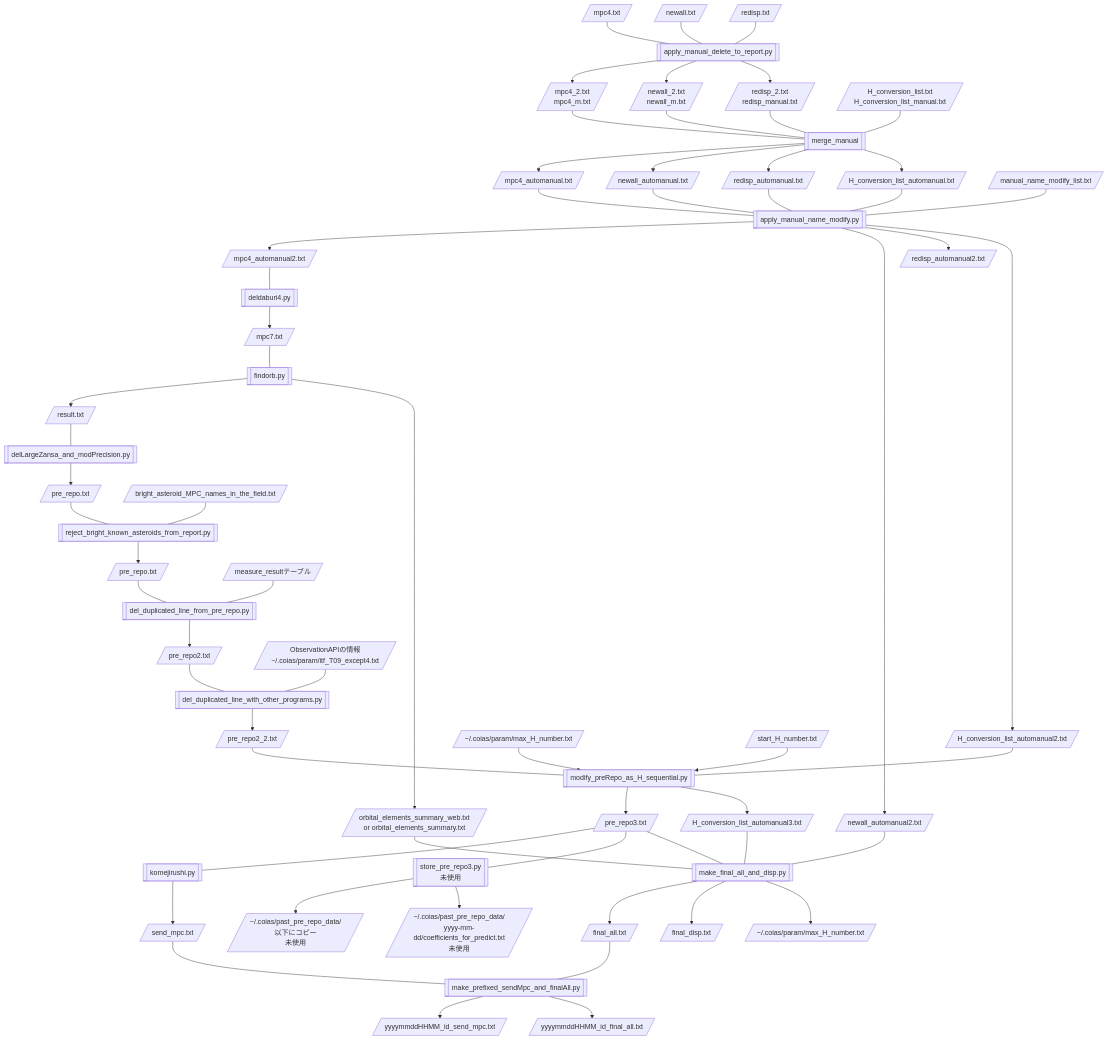
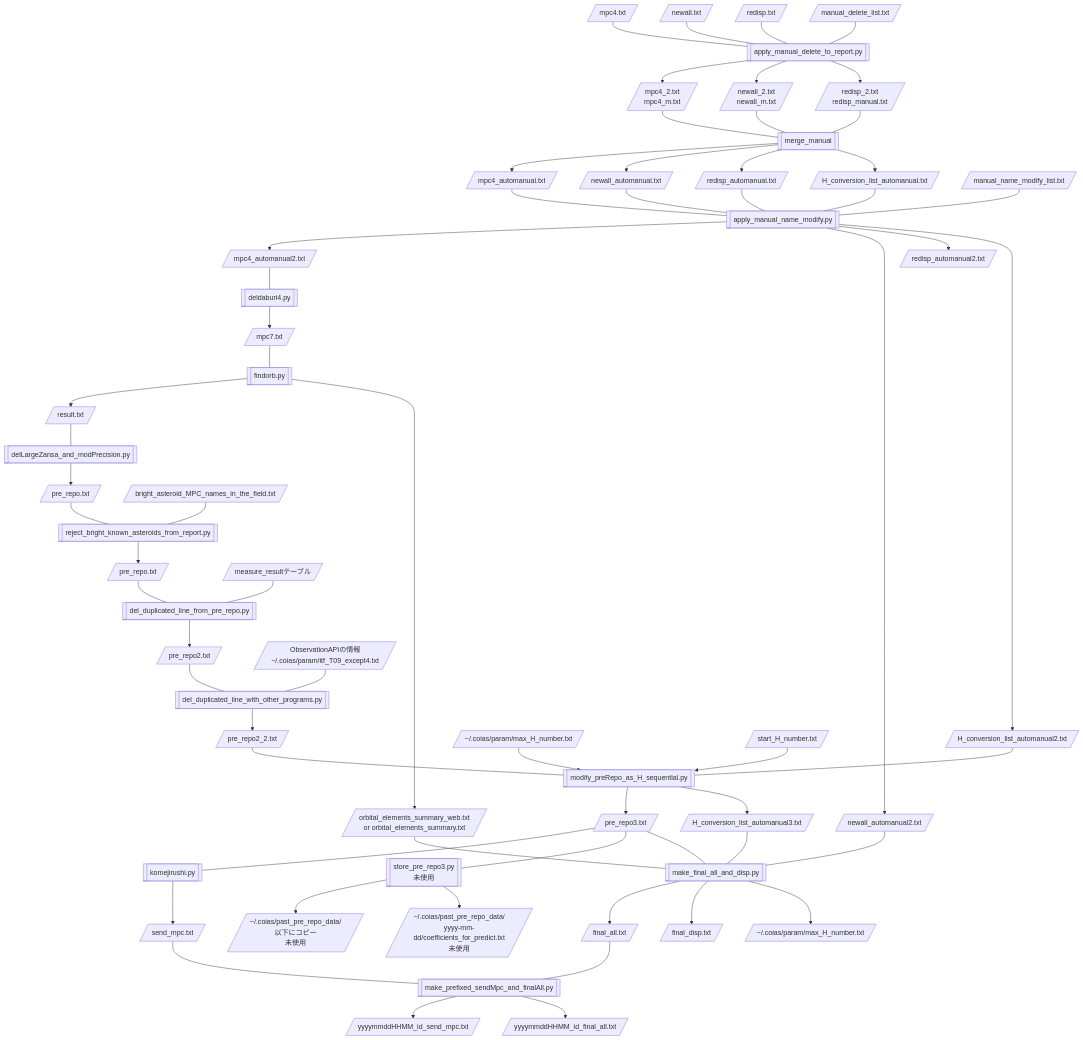
One commit to COIAS-program/COIAS_program_github changed the diagram in flowcharts/flowchart7-AstsearchR_afterReCOIAS.md. Above: the diagram before and after it, drawn with Mermaid. The commit also changed 1 other file, not shown here.

Commit message:
src7: レポートモード前に名前付け替えがないことを前提にapply_manual_delete_to_report.pyを更新

```````diff
--- a/flowcharts/flowchart7-AstsearchR_afterReCOIAS.md
+++ b/flowcharts/flowchart7-AstsearchR_afterReCOIAS.md
@@ -3,64 +3,65 @@
 ```mermaid
 flowchart TD
     n[/mpc4.txt/] --- o[[apply_manual_delete_to_report.py]]
     p[/newall.txt/] --- o
     q[/redisp.txt/] --- o
+    E[/manual_delete_list.txt/] --- o
     o --> A
     o --> C
     o --> D
     A[/mpc4_2.txt<br>mpc4_m.txt/] --- B[[merge_manual]]
     C[/newall_2.txt<br>newall_m.txt/] --- B
     D[/redisp_2.txt<br>redisp_manual.txt/] --- B
-    E[/H_conversion_list.txt<br>H_conversion_list_manual.txt/] --- B
+
     B --> F[/mpc4_automanual.txt/]
     B --> G[/newall_automanual.txt/]
     B --> H[/redisp_automanual.txt/]
     B --> I[/H_conversion_list_automanual.txt/]
     l[/manual_name_modify_list.txt/] --- J
     F --- J[[apply_manual_name_modify.py]]
     G --- J
     H --- J
     I --- J
     J --> K[/mpc4_automanual2.txt/]
     J --> L[/newall_automanual2.txt/]
     J --> M[/redisp_automanual2.txt/]
     J --> N[/H_conversion_list_automanual2.txt/]
     K --- O[[deldaburi4.py]]
     O --> P[/mpc7.txt/]
     P --- Q[[findorb.py]]
     Q --> R[/result.txt/]
     Q --> S[/orbital_elements_summary_web.txt<br>or orbital_elements_summary.txt/]
     R --- T[[delLargeZansa_and_modPrecision.py]]
     T --> U[/pre_repo.txt/]
     U --- V[[reject_bright_known_asteroids_from_report.py]]
     V --> W[/pre_repo.txt/]
     X[/bright_asteroid_MPC_names_in_the_field.txt/] --- V
 	W --- b[[del_duplicated_line_from_pre_repo.py]]
 	c[/measure_resultテーブル/] --- b
 	b --> d[/pre_repo2.txt/]
     d --- Y2[[del_duplicated_line_with_other_programs.py]]
     c2[/ObservationAPIの情報<br>~/.coias/param/itf_T09_except4.txt/] --- Y2
     Y2 --> d2[/pre_repo2_2.txt/]
     d2 --- Y[[modify_preRepo_as_H_sequential.py]]
     r[/"~/.coias/param/max_H_number.txt"/] --> Y
     s[/start_H_number.txt/] --> Y
     Y --> Z[/pre_repo3.txt/]
     Y --> a[/H_conversion_list_automanual3.txt/]
     N --- Y
     Z --- e[[komejirushi.py]]
     e --> f[/send_mpc.txt/]
     Z --- g[[store_pre_repo3.py<br>未使用]]
     g --> h[/"~"/.coias/past_pre_repo_data/以下にコピー<br>未使用/]
     g --> m[/"~"/.coias/past_pre_repo_data/<br>yyyy-mm-dd/coefficients_for_predict.txt<br>未使用/]
     a --- i[[make_final_all_and_disp.py]]
     Z --- i
     L --- i
     i --> j[/final_all.txt/]
     i --> k[/final_disp.txt/]
     i --> t[/"~/.coias/param/max_H_number.txt"/]
     S --- i
     j --- u[[make_prefixed_sendMpc_and_finalAll.py]]
     f --- u
     u --> v[/yyyymmddHHMM_id_send_mpc.txt/]
     u --> w[/yyyymmddHHMM_id_final_all.txt/]
 ``````
```````
